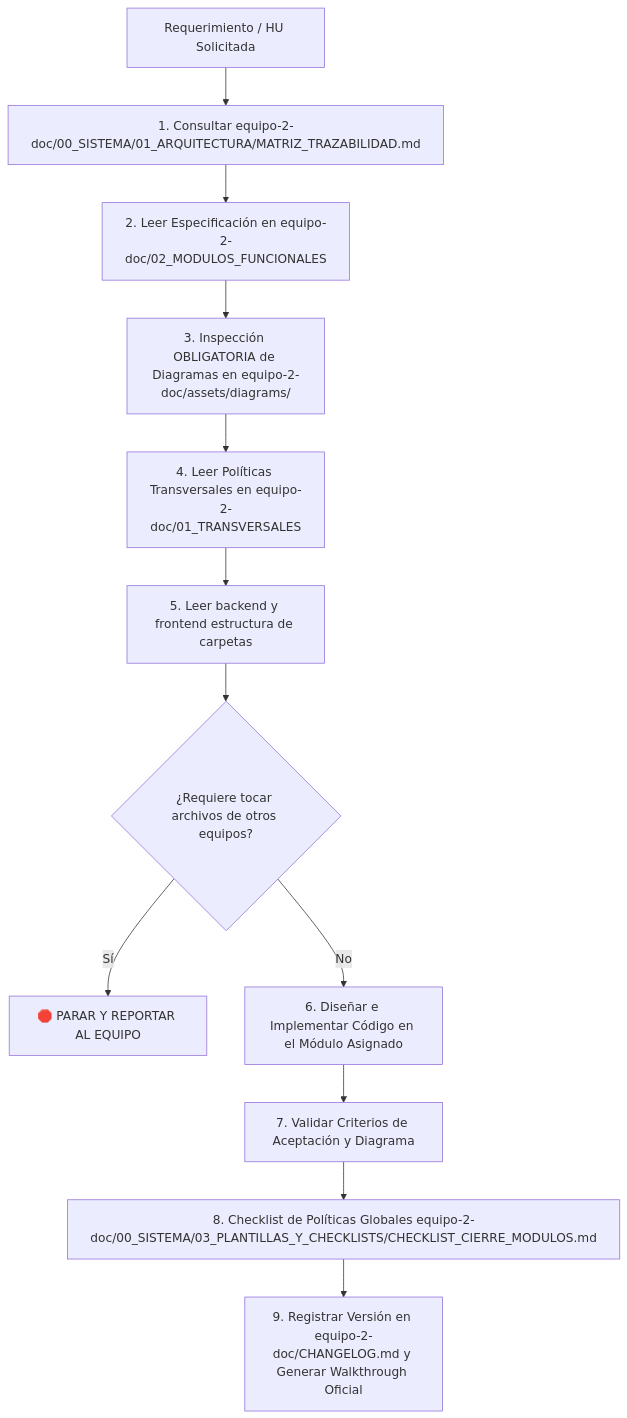
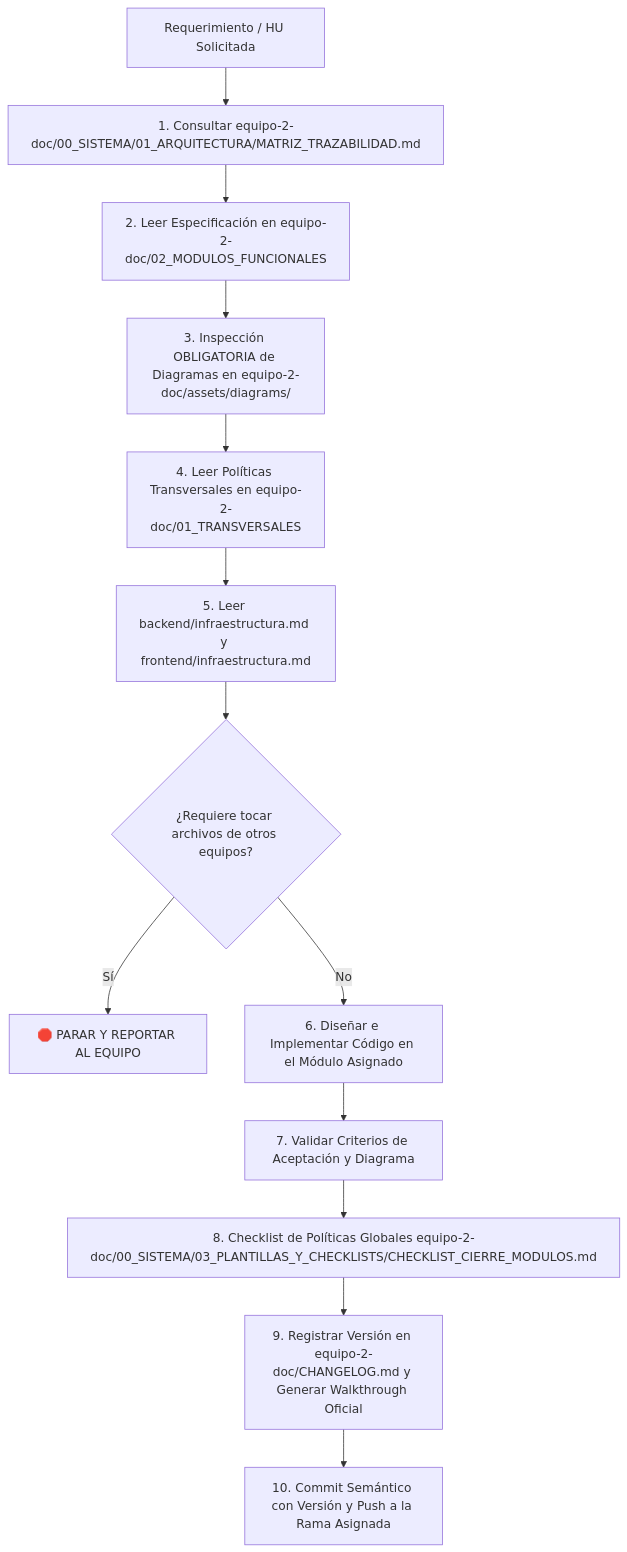
The diagram in AGENTS.md (pintuclic/pintuclic), drawn with Mermaid before and after one commit. The commit also changed other lines of this file and 2 other files, not shown here.

````diff
--- a/AGENTS.md
+++ b/AGENTS.md
@@ -20,14 +20,15 @@
 ```mermaid
 graph TD
     A[Requerimiento / HU Solicitada] --> B[1. Consultar equipo-2-doc/00_SISTEMA/01_ARQUITECTURA/MATRIZ_TRAZABILIDAD.md]
     B --> C[2. Leer Especificación en equipo-2-doc/02_MODULOS_FUNCIONALES]
     C --> D[3. Inspección OBLIGATORIA de Diagramas en equipo-2-doc/assets/diagrams/]
     D --> E[4. Leer Políticas Transversales en equipo-2-doc/01_TRANSVERSALES]
-    E --> F[5. Leer backend y frontend estructura de carpetas]
+    E --> F[5. Leer backend/infraestructura.md y frontend/infraestructura.md]
     F --> G{¿Requiere tocar archivos de otros equipos?}
     G -- Sí --> H[🛑 PARAR Y REPORTAR AL EQUIPO]
     G -- No --> I[6. Diseñar e Implementar Código en el Módulo Asignado]
     I --> J[7. Validar Criterios de Aceptación y Diagrama]
     J --> K[8. Checklist de Políticas Globales equipo-2-doc/00_SISTEMA/03_PLANTILLAS_Y_CHECKLISTS/CHECKLIST_CIERRE_MODULOS.md]
     K --> L[9. Registrar Versión en equipo-2-doc/CHANGELOG.md y Generar Walkthrough Oficial]
+    L --> M[10. Commit Semántico con Versión y Push a la Rama Asignada]
 ```
````
